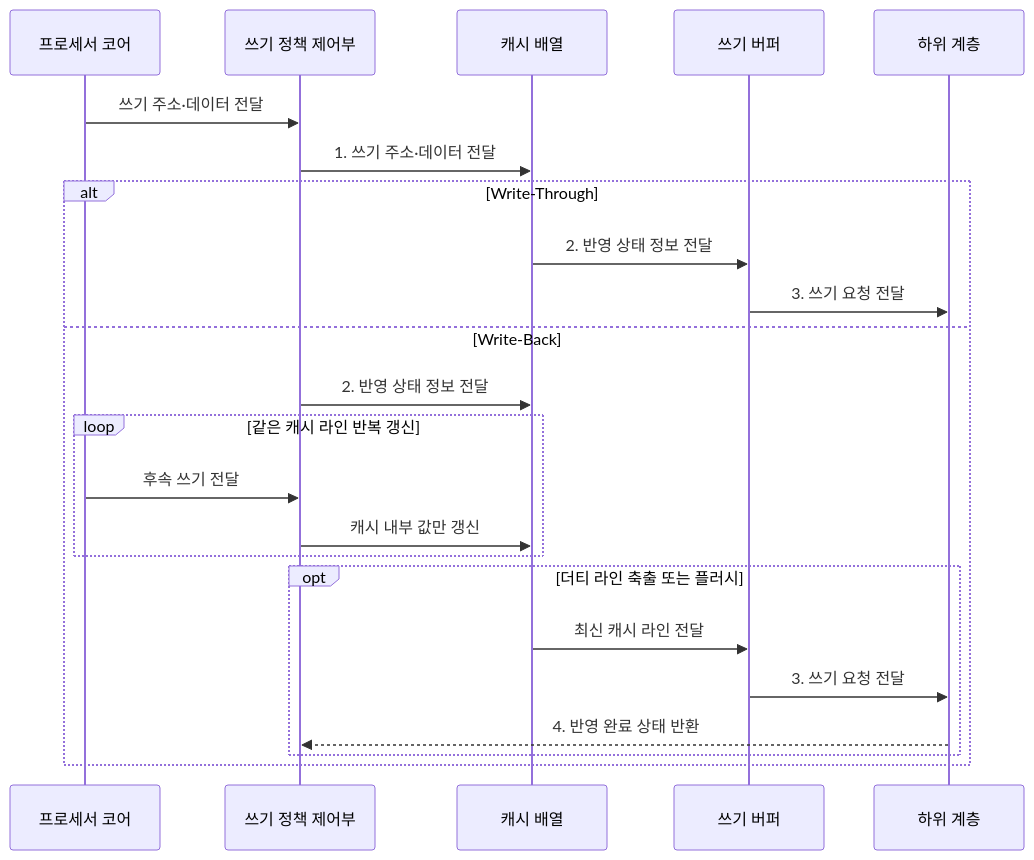
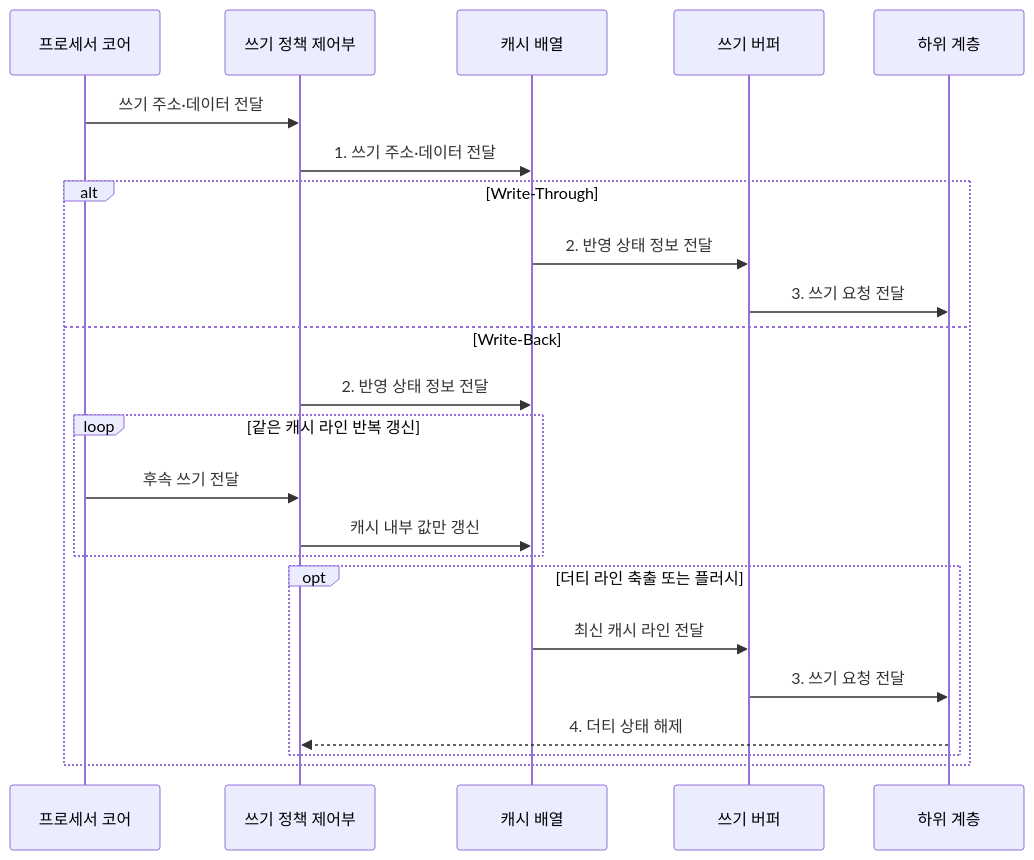
Before and after one commit to agnusdei1207/knowledge-base: the second of 2 diagrams in src/content/docs/notes/02-hardware/013_cache_write_policy.md, drawn with Mermaid. The commit also changed other lines of this file and 15 other files, not shown here.

````diff
--- a/src/content/docs/notes/02-hardware/013_cache_write_policy.md
+++ b/src/content/docs/notes/02-hardware/013_cache_write_policy.md
@@ -83,26 +83,26 @@
 ```mermaid
 sequenceDiagram
     participant C as 프로세서 코어
     participant P as 쓰기 정책 제어부
     participant A as 캐시 배열
     participant W as 쓰기 버퍼
     participant L as 하위 계층
 
     C->>P: 쓰기 주소·데이터 전달
     P->>A: 1. 쓰기 주소·데이터 전달
     alt Write-Through
         A->>W: 2. 반영 상태 정보 전달
         W->>L: 3. 쓰기 요청 전달
     else Write-Back
         P->>A: 2. 반영 상태 정보 전달
         loop 같은 캐시 라인 반복 갱신
             C->>P: 후속 쓰기 전달
             P->>A: 캐시 내부 값만 갱신
         end
         opt 더티 라인 축출 또는 플러시
             A->>W: 최신 캐시 라인 전달
             W->>L: 3. 쓰기 요청 전달
-            L-->>P: 4. 반영 완료 상태 반환
+            L-->>P: 4. 더티 상태 해제
         end
     end
 ```
````
